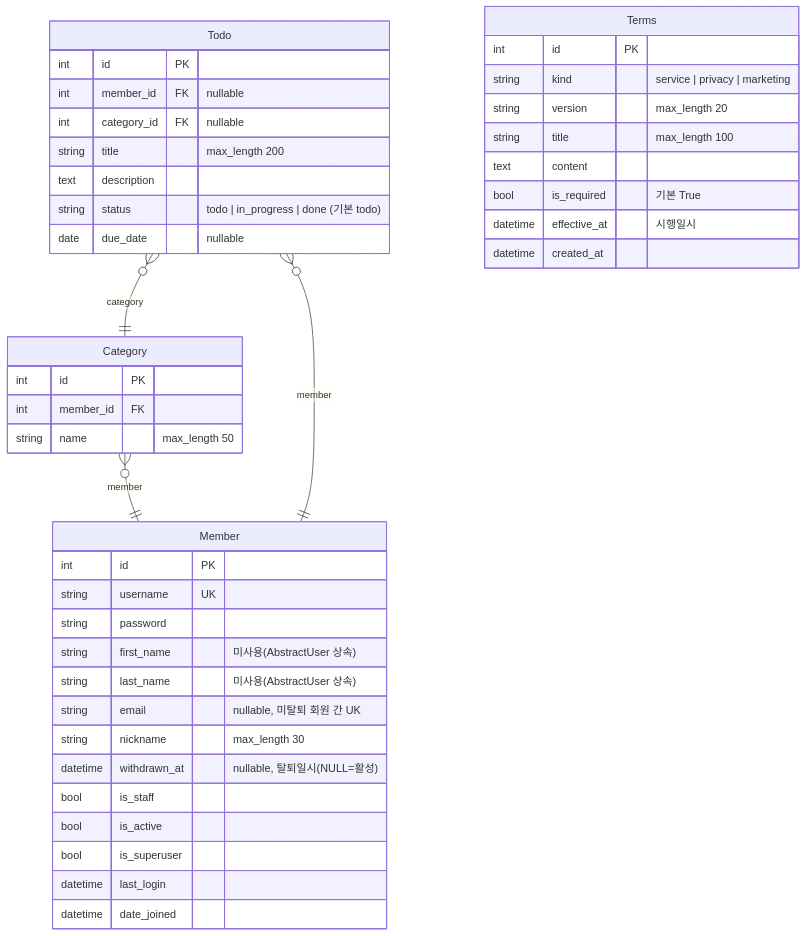
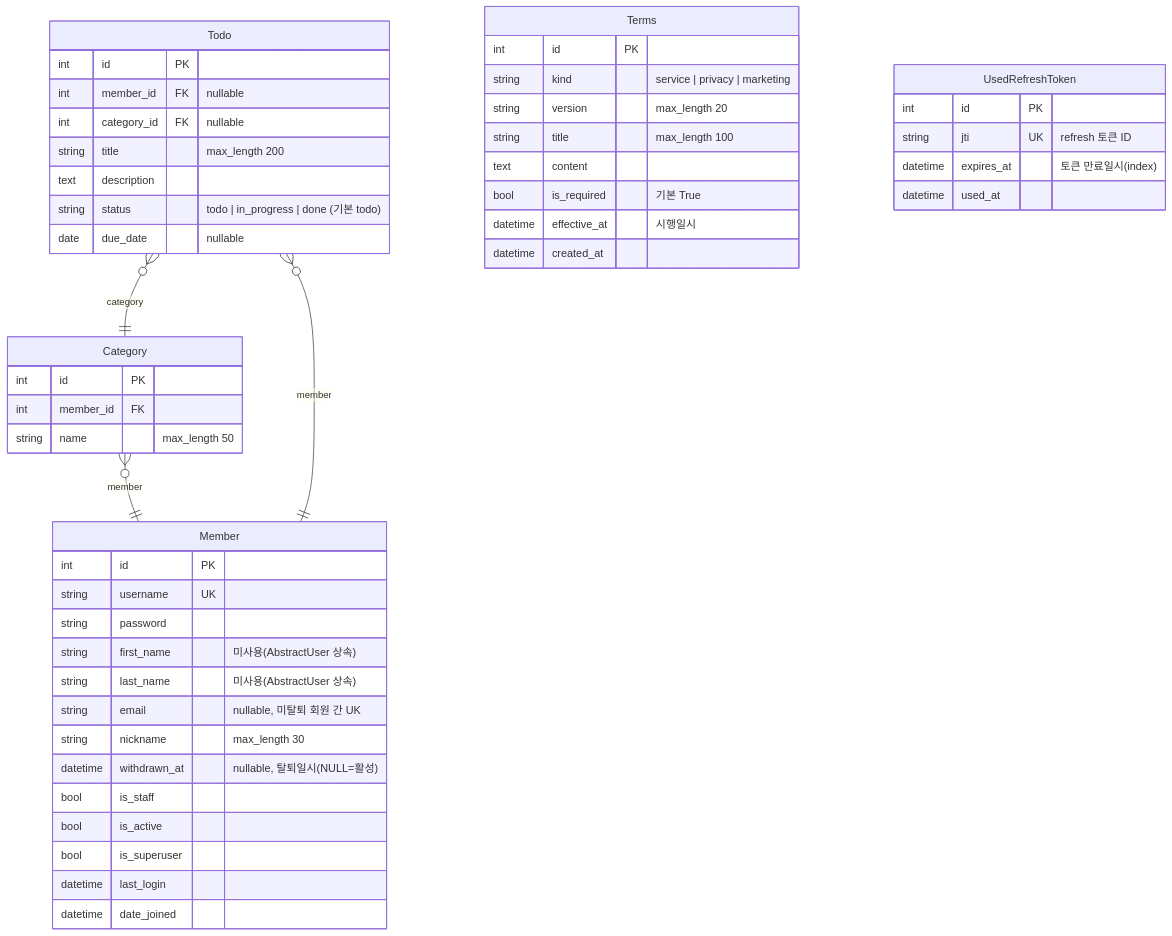
The diagram in docs/erd.md (CS-yorisa/TODO-YORISA), drawn with Mermaid before and after one commit. The commit also changed other lines of this file and 2 other files, not shown here.

Commit message:
docs: 토큰 갱신·무효화 정책과 UsedRefreshToken을 문서에 반영

````diff
--- a/docs/erd.md
+++ b/docs/erd.md
@@ -3,45 +3,51 @@
 ```mermaid
 erDiagram
     Member {
         int id PK
         string username UK
         string password
         string first_name "미사용(AbstractUser 상속)"
         string last_name "미사용(AbstractUser 상속)"
         string email "nullable, 미탈퇴 회원 간 UK"
         string nickname "max_length 30"
         datetime withdrawn_at "nullable, 탈퇴일시(NULL=활성)"
         bool is_staff
         bool is_active
         bool is_superuser
         datetime last_login
         datetime date_joined
     }
     Category {
         int id PK
         int member_id FK
         string name "max_length 50"
     }
     Todo {
         int id PK
         int member_id FK "nullable"
         int category_id FK "nullable"
         string title "max_length 200"
         text description
         string status "todo | in_progress | done (기본 todo)"
         date due_date "nullable"
     }
     Terms {
         int id PK
         string kind "service | privacy | marketing"
         string version "max_length 20"
         string title "max_length 100"
         text content
         bool is_required "기본 True"
         datetime effective_at "시행일시"
         datetime created_at
     }
+    UsedRefreshToken {
+        int id PK
+        string jti UK "refresh 토큰 ID"
+        datetime expires_at "토큰 만료일시(index)"
+        datetime used_at
+    }
     Category }o--|| Member : "member"
     Todo }o--|| Member : "member"
     Todo }o--|| Category : "category"
 ```
````
